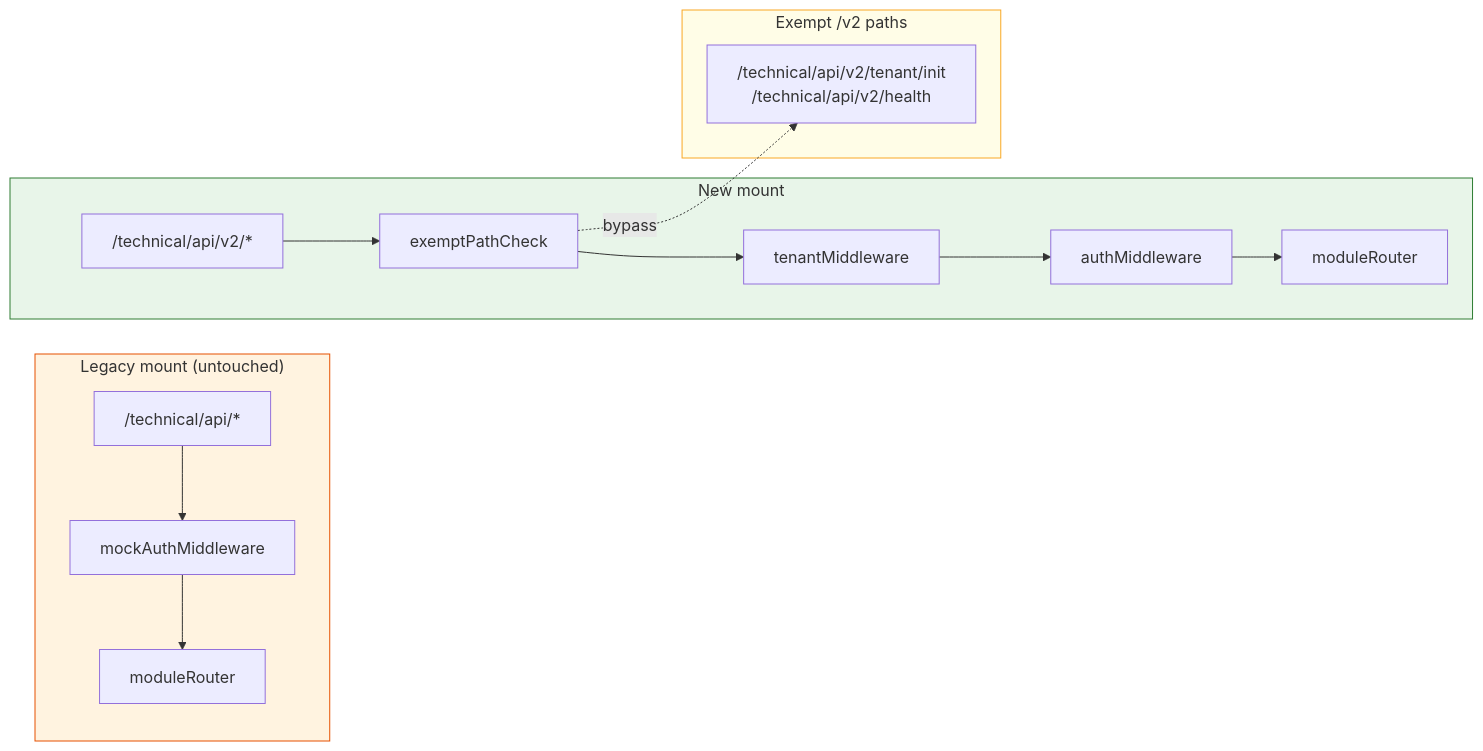
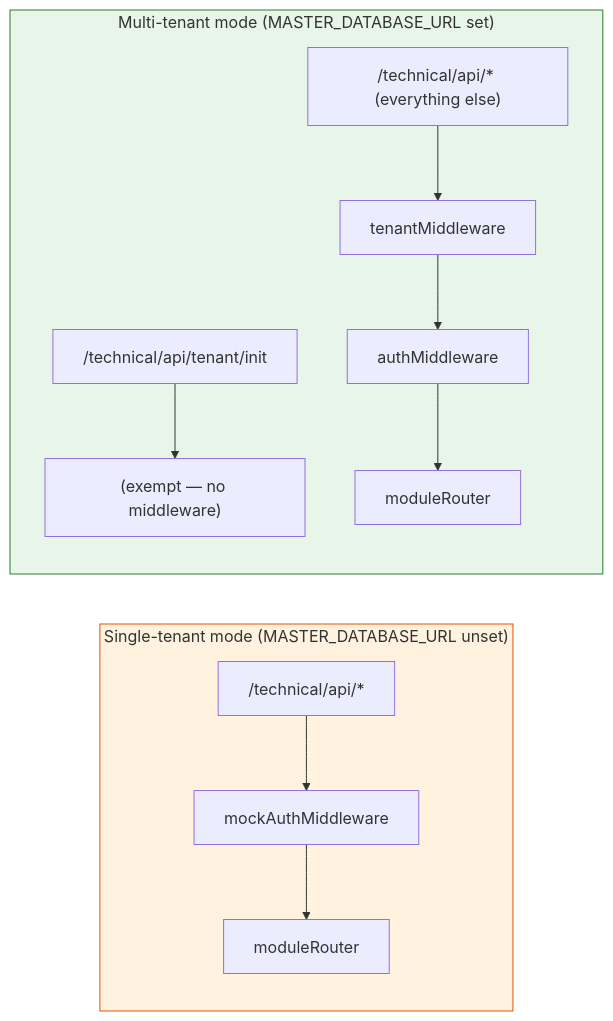
The diagram in docs/multi-tenant/Phase-2-Server-Middleware.md (safe-lanes/TechnicalMoudle), drawn with Mermaid before and after one commit. The commit also changed other lines of this file and 5 other files, not shown here.

First line of the commit message:
Update multi-tenant documentation to reflect API path changes

````diff
--- a/docs/multi-tenant/Phase-2-Server-Middleware.md
+++ b/docs/multi-tenant/Phase-2-Server-Middleware.md
@@ -15,20 +15,15 @@
 ```mermaid
 flowchart LR
-    subgraph Legacy["Legacy mount (untouched)"]
-        L1["/technical/api/*"] --> L2[mockAuthMiddleware]
-        L2 --> L3[moduleRouter]
+    subgraph SingleTenant["Single-tenant mode (MASTER_DATABASE_URL unset)"]
+        S1["/technical/api/*"] --> S2[mockAuthMiddleware]
+        S2 --> S3[moduleRouter]
     end
-    subgraph New["New mount"]
-        N1["/technical/api/v2/*"] --> N2[exemptPathCheck]
-        N2 --> N3[tenantMiddleware]
-        N3 --> N4[authMiddleware]
-        N4 --> N5[moduleRouter]
+    subgraph MultiTenant["Multi-tenant mode (MASTER_DATABASE_URL set)"]
+        M1["/technical/api/tenant/init"] --> M2["(exempt — no middleware)"]
+        M3["/technical/api/* (everything else)"] --> M4[tenantMiddleware]
+        M4 --> M5[authMiddleware]
+        M5 --> M6[moduleRouter]
     end
-    subgraph Exempt["Exempt /v2 paths"]
-        E1["/technical/api/v2/tenant/init<br/>/technical/api/v2/health"]
-    end
-    N2 -.bypass.-> E1
-    style Legacy fill:#fff3e0,stroke:#e65100
-    style New fill:#e8f5e9,stroke:#2e7d32
-    style Exempt fill:#fffde7,stroke:#f9a825
+    style SingleTenant fill:#fff3e0,stroke:#e65100
+    style MultiTenant fill:#e8f5e9,stroke:#2e7d32
 ```
````
